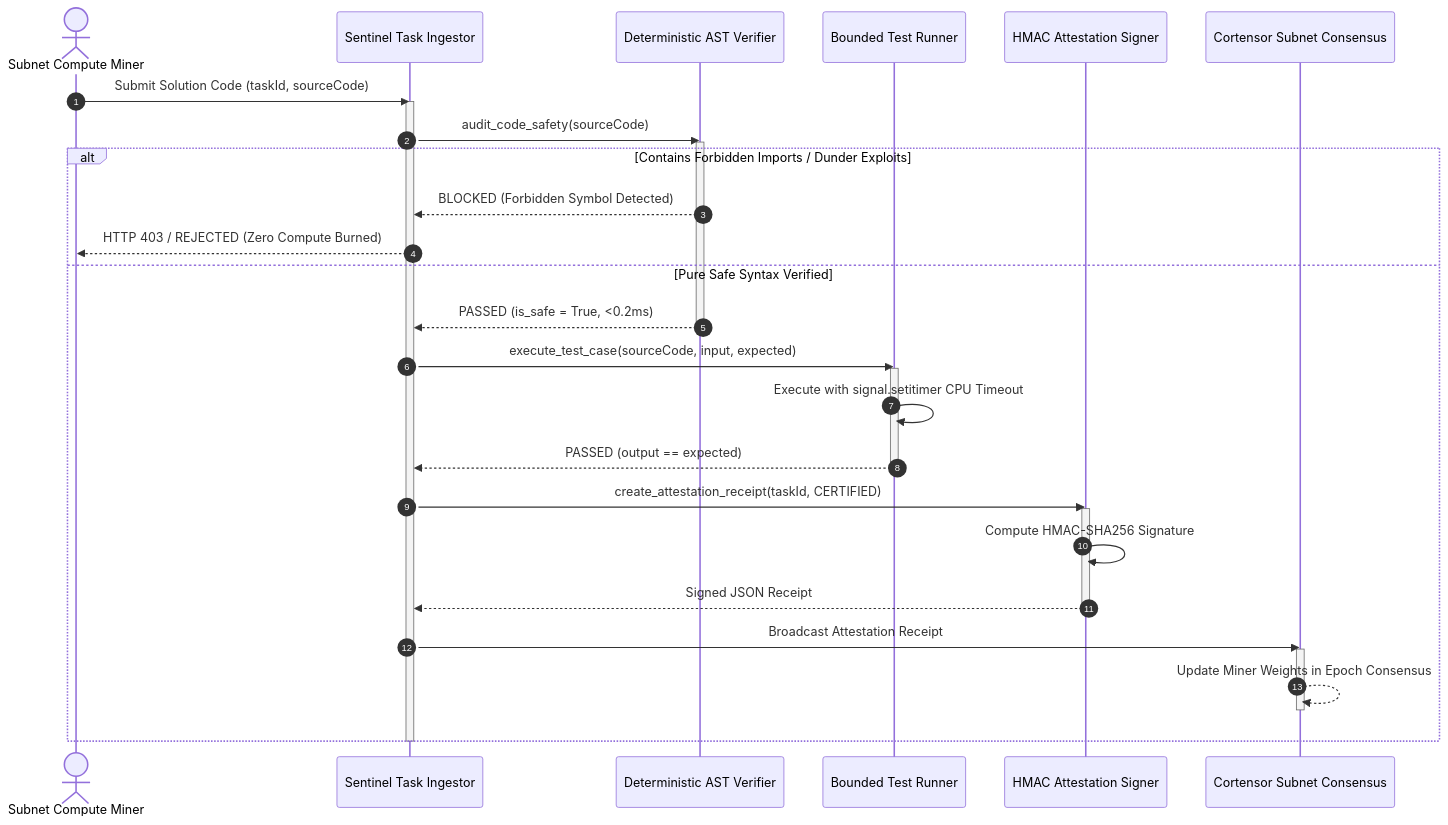
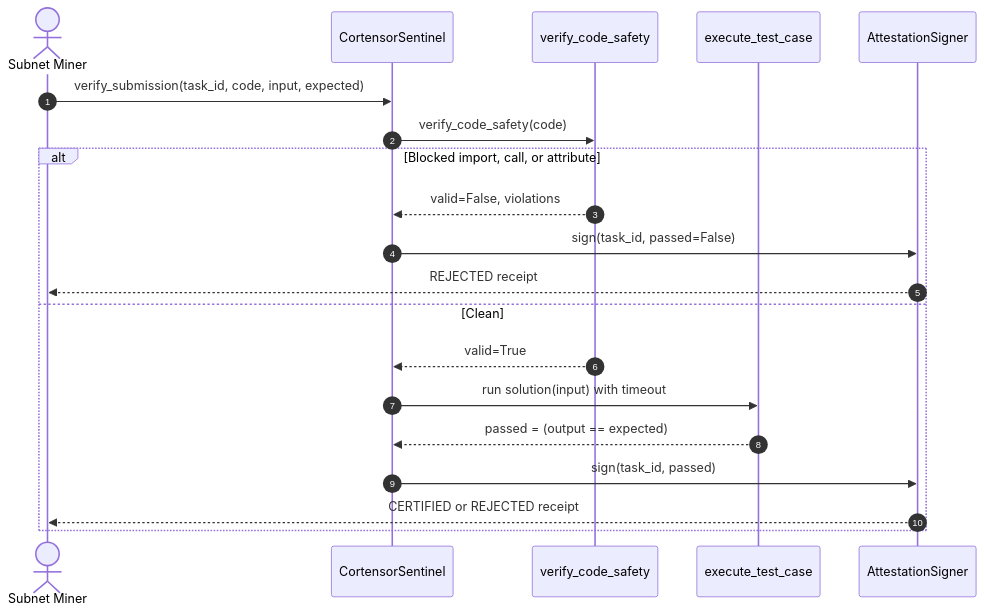
Before and after one commit to manderson240/cortensor-subnet-validator: the second of 3 diagrams in README.md, drawn with Mermaid. The commit also changed other lines of this file and 5 other files, not shown here.

````diff
--- a/README.md
+++ b/README.md
@@ -147,41 +122,24 @@
 ```mermaid
 sequenceDiagram
     autonumber
-    actor Miner as Subnet Compute Miner
-    participant Ingestion as Sentinel Task Ingestor
-    participant AST as Deterministic AST Verifier
-    participant Sandbox as Bounded Test Runner
-    participant Signer as HMAC Attestation Signer
-    participant Consensus as Cortensor Subnet Consensus
+    actor Miner as Subnet Miner
+    participant Sentinel as CortensorSentinel
+    participant AST as verify_code_safety
+    participant Exec as execute_test_case
+    participant Signer as AttestationSigner
 
-    Miner->>Ingestion: Submit Solution Code (taskId, sourceCode)
-    activate Ingestion
-    Ingestion->>AST: audit_code_safety(sourceCode)
-    activate AST
-    
-    alt Contains Forbidden Imports / Dunder Exploits
-        AST-->>Ingestion: BLOCKED (Forbidden Symbol Detected)
-        Ingestion-->>Miner: HTTP 403 / REJECTED (Zero Compute Burned)
-    else Pure Safe Syntax Verified
-        AST-->>Ingestion: PASSED (is_safe = True, <0.2ms)
-        deactivate AST
-        
-        Ingestion->>Sandbox: execute_test_case(sourceCode, input, expected)
-        activate Sandbox
-        Sandbox->>Sandbox: Execute with signal.setitimer CPU Timeout
-        Sandbox-->>Ingestion: PASSED (output == expected)
-        deactivate Sandbox
-        
-        Ingestion->>Signer: create_attestation_receipt(taskId, CERTIFIED)
-        activate Signer
-        Signer->>Signer: Compute HMAC-SHA256 Signature
-        Signer-->>Ingestion: Signed JSON Receipt
-        deactivate Signer
-        
-        Ingestion->>Consensus: Broadcast Attestation Receipt
-        activate Consensus
-        Consensus-->>Consensus: Update Miner Weights in Epoch Consensus
-        deactivate Consensus
+    Miner->>Sentinel: verify_submission(task_id, code, input, expected)
+    Sentinel->>AST: verify_code_safety(code)
+
+    alt Blocked import, call, or attribute
+        AST-->>Sentinel: valid=False, violations
+        Sentinel->>Signer: sign(task_id, passed=False)
+        Signer-->>Miner: REJECTED receipt
+    else Clean
+        AST-->>Sentinel: valid=True
+        Sentinel->>Exec: run solution(input) with timeout
+        Exec-->>Sentinel: passed = (output == expected)
+        Sentinel->>Signer: sign(task_id, passed)
+        Signer-->>Miner: CERTIFIED or REJECTED receipt
     end
-    deactivate Ingestion
 ```
````
